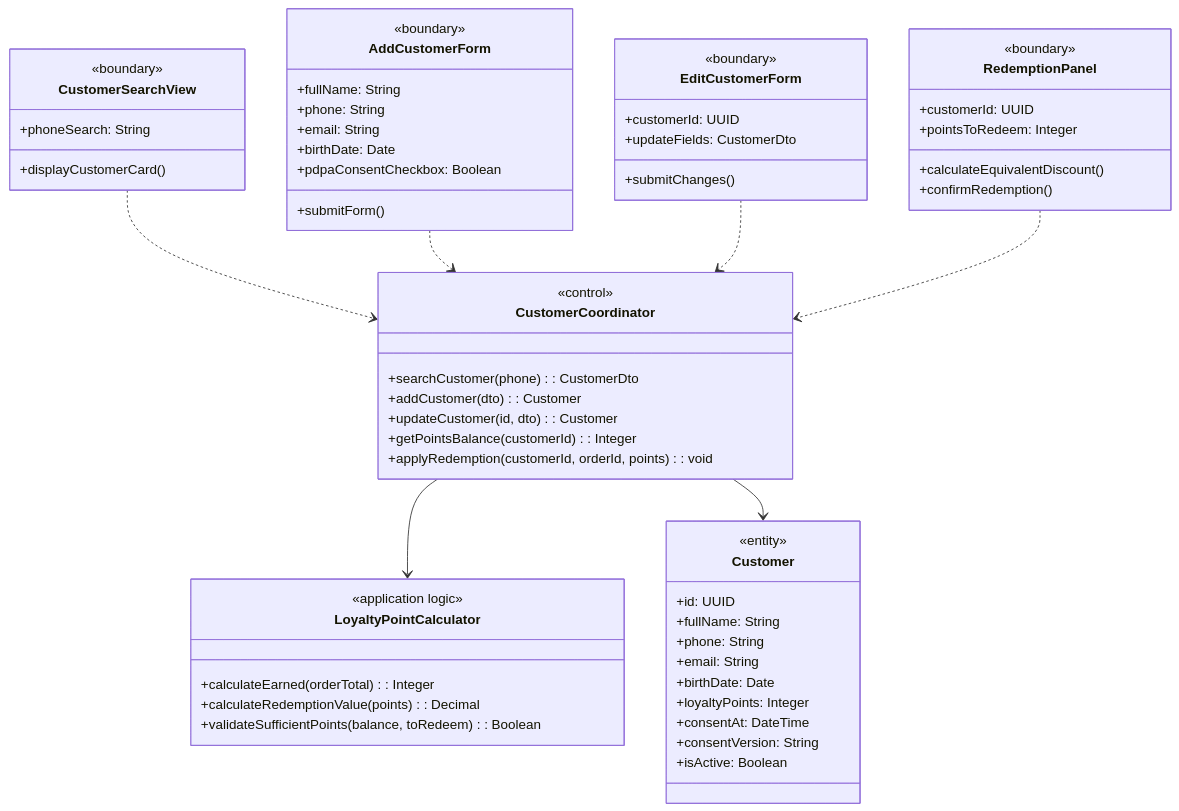
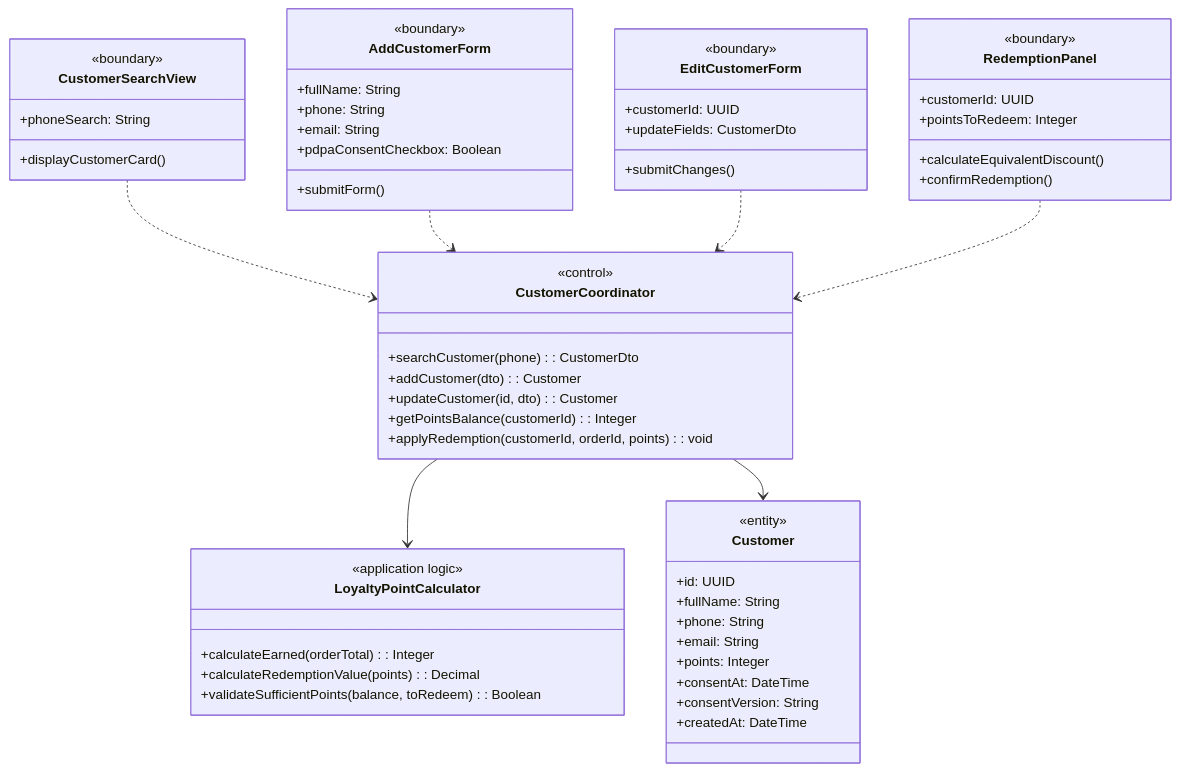
The first of 3 diagrams in rds_sections/08_detailed_3_5_customer_membership.md (Shaichi/Khoga_coffe_shop), drawn with Mermaid before and after one commit. The commit also changed other lines of this file and 15 other files, not shown here.

````diff
--- a/rds_sections/08_detailed_3_5_customer_membership.md
+++ b/rds_sections/08_detailed_3_5_customer_membership.md
@@ -9,63 +9,61 @@
 ```mermaid
 classDiagram
     class CustomerSearchView {
         <<boundary>>
         +phoneSearch: String
         +displayCustomerCard()
     }
     class AddCustomerForm {
         <<boundary>>
         +fullName: String
         +phone: String
         +email: String
-        +birthDate: Date
         +pdpaConsentCheckbox: Boolean
         +submitForm()
     }
     class EditCustomerForm {
         <<boundary>>
         +customerId: UUID
         +updateFields: CustomerDto
         +submitChanges()
     }
     class RedemptionPanel {
         <<boundary>>
         +customerId: UUID
         +pointsToRedeem: Integer
         +calculateEquivalentDiscount()
         +confirmRedemption()
     }
     class CustomerCoordinator {
         <<control>>
         +searchCustomer(phone): CustomerDto
         +addCustomer(dto): Customer
         +updateCustomer(id, dto): Customer
         +getPointsBalance(customerId): Integer
         +applyRedemption(customerId, orderId, points): void
     }
     class LoyaltyPointCalculator {
         <<application logic>>
         +calculateEarned(orderTotal): Integer
         +calculateRedemptionValue(points): Decimal
         +validateSufficientPoints(balance, toRedeem): Boolean
     }
     class Customer {
         <<entity>>
         +id: UUID
         +fullName: String
         +phone: String
         +email: String
-        +birthDate: Date
-        +loyaltyPoints: Integer
+        +points: Integer
         +consentAt: DateTime
         +consentVersion: String
-        +isActive: Boolean
+        +createdAt: DateTime
     }
 
     CustomerSearchView ..> CustomerCoordinator
     AddCustomerForm ..> CustomerCoordinator
     EditCustomerForm ..> CustomerCoordinator
     RedemptionPanel ..> CustomerCoordinator
     CustomerCoordinator --> LoyaltyPointCalculator
     CustomerCoordinator --> Customer
 ```
````
